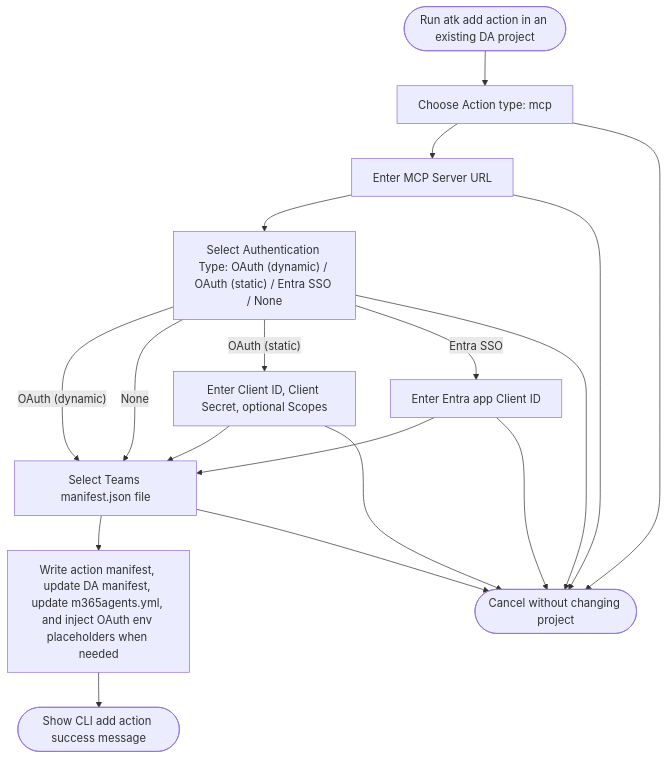
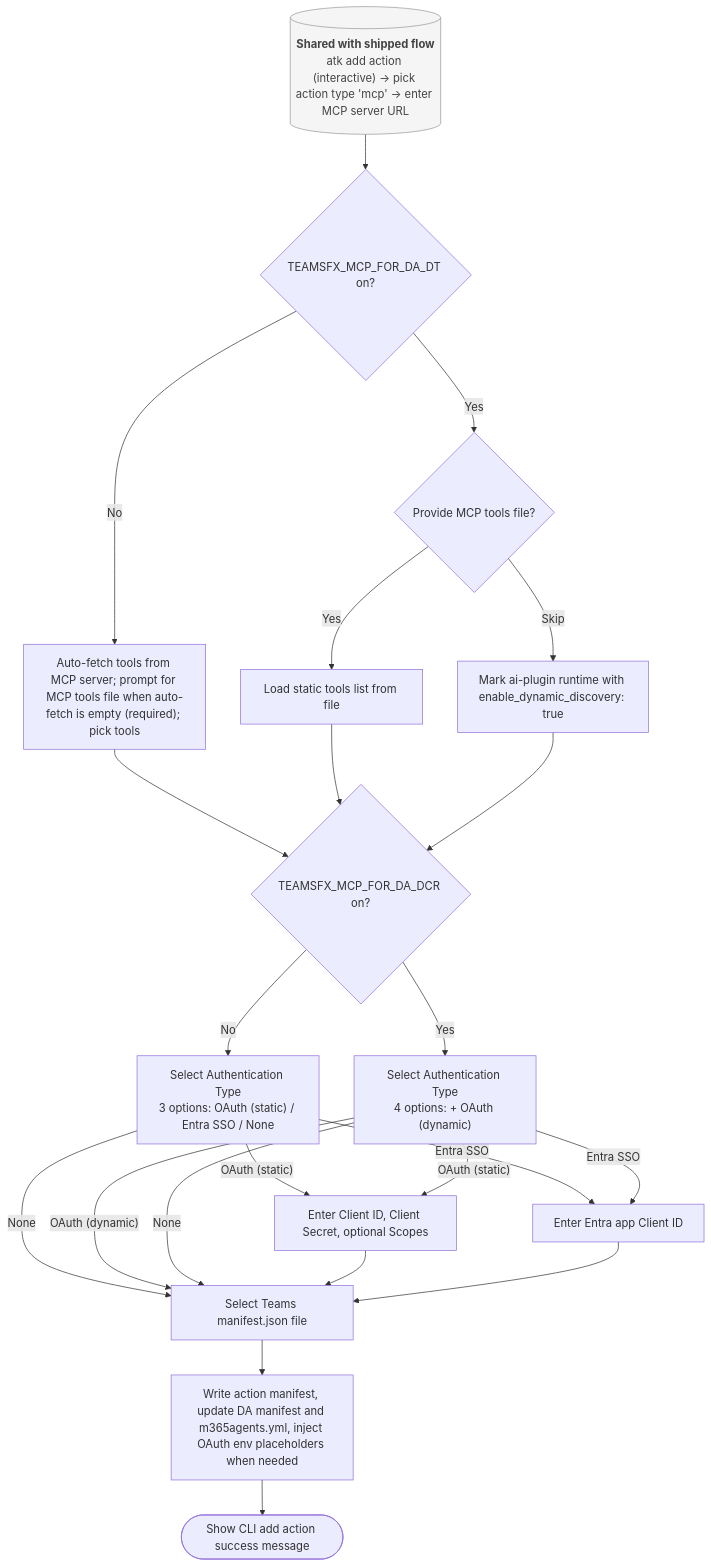
One commit to OfficeDev/microsoft-365-agents-toolkit changed the second of 3 diagrams in docs/01-product/scenarios/da/draft/add-mcp-action-to-da.md. Above: the diagram before and after it, drawn with Mermaid. The commit also changed other lines of this file and 3 other files, not shown here.

First line of the commit message:
docs(da): refine MCP-for-DA draft scenarios for DT/DCR flag gating

````diff
--- a/docs/01-product/scenarios/da/draft/add-mcp-action-to-da.md
+++ b/docs/01-product/scenarios/da/draft/add-mcp-action-to-da.md
@@ -82,20 +99,25 @@
 ```mermaid
 flowchart TD
-  Start([Run atk add action in an existing DA project]) --> ChooseType[Choose Action type: mcp]
-  ChooseType --> EnterUrl[Enter MCP Server URL]
-  EnterUrl --> SelectAuth["Select Authentication Type: OAuth (dynamic) / OAuth (static) / Entra SSO / None"]
-  SelectAuth -- "OAuth (dynamic)" --> SelectManifest
-  SelectAuth -- None --> SelectManifest
-  SelectAuth -- "OAuth (static)" --> StaticFields["Enter Client ID, Client Secret, optional Scopes"]
-  SelectAuth -- "Entra SSO" --> SsoFields[Enter Entra app Client ID]
+  Preamble[("<b>Shared with shipped flow</b><br/>atk add action (interactive) &rarr; pick action type 'mcp' &rarr; enter MCP server URL")] --> DtGate{TEAMSFX_MCP_FOR_DA_DT on?}
+  DtGate -- No --> LegacyTools["Auto-fetch tools from MCP server; prompt for MCP tools file when auto-fetch is empty (required); pick tools"] --> DcrGate
+  DtGate -- Yes --> OptionalTools{Provide MCP tools file?}
+  OptionalTools -- Yes --> LoadStatic[Load static tools list from file] --> DcrGate
+  OptionalTools -- Skip --> DtPath["Mark ai-plugin runtime with enable_dynamic_discovery: true"] --> DcrGate
+  DcrGate{TEAMSFX_MCP_FOR_DA_DCR on?}
+  DcrGate -- No --> SelectAuth3["Select Authentication Type<br/>3 options: OAuth (static) / Entra SSO / None"]
+  DcrGate -- Yes --> SelectAuth4["Select Authentication Type<br/>4 options: + OAuth (dynamic)"]
+  SelectAuth3 -- None --> SelectManifest
+  SelectAuth3 -- "OAuth (static)" --> StaticFields["Enter Client ID, Client Secret, optional Scopes"]
+  SelectAuth3 -- "Entra SSO" --> SsoFields[Enter Entra app Client ID]
+  SelectAuth4 -- "OAuth (dynamic)" --> SelectManifest
+  SelectAuth4 -- None --> SelectManifest
+  SelectAuth4 -- "OAuth (static)" --> StaticFields
+  SelectAuth4 -- "Entra SSO" --> SsoFields
   StaticFields --> SelectManifest[Select Teams manifest.json file]
   SsoFields --> SelectManifest
-  SelectManifest --> WriteFiles[Write action manifest, update DA manifest, update m365agents.yml, and inject OAuth env placeholders when needed]
+  SelectManifest --> WriteFiles[Write action manifest, update DA manifest and m365agents.yml, inject OAuth env placeholders when needed]
   WriteFiles --> Complete([Show CLI add action success message])
-  ChooseType --> Cancel([Cancel without changing project])
-  EnterUrl --> Cancel
-  SelectAuth --> Cancel
-  StaticFields --> Cancel
-  SsoFields --> Cancel
-  SelectManifest --> Cancel
+
+  classDef shared fill:#f5f5f5,stroke:#999,color:#444
+  class Preamble shared
 ```
````
